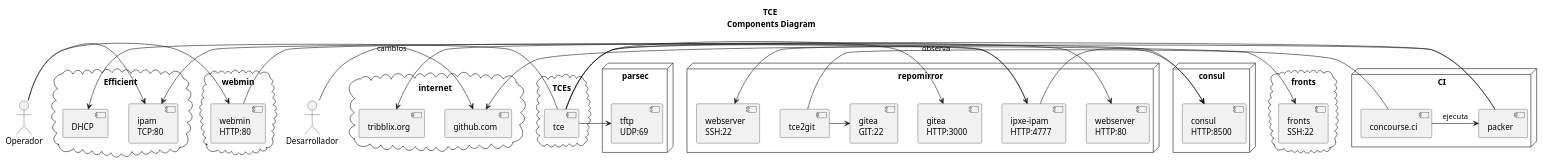
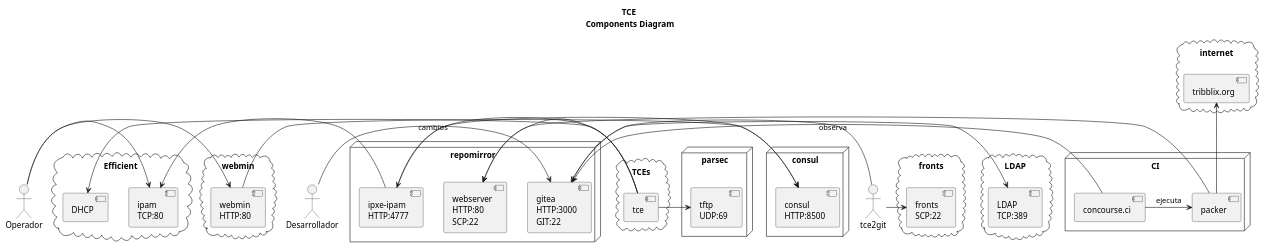
The diagram in tce-estacion/doc/comp.puml (juaningan/metro-parsec), drawn with PlantUML before and after one commit.

Commit message:
Update components diagram

```diff
--- a/tce-estacion/doc/comp.puml
+++ b/tce-estacion/doc/comp.puml
@@ -1,69 +1,70 @@
 @startuml
 title TCE\n Components Diagram
 skinparam componentStyle uml2
 
 actor Operador
 actor Desarrollador
+actor tce2git
 
 cloud "Efficient" {
   [DHCP]
   [ipam\nTCP:80] as IPAM80
 }
 
 node "repomirror" {
-  [tce2git]
-  [webserver\nHTTP:80] as WEB80
-  [webserver\nSSH:22] as WEB22
-  [gitea\nHTTP:3000] as GITEA3000
-  [gitea\nGIT:22] as GITEA22
+  [webserver\nHTTP:80\nSCP:22] as WEB80
+  [gitea\nHTTP:3000\nGIT:22] as GITEA
   [ipxe-ipam\nHTTP:4777] as IPXE4777
 }
 
 node "consul" {
   [consul\nHTTP:8500] as CONSUL8500
 }
 
 cloud "fronts" {
-  [fronts\nSSH:22] as FRONTS22
+  [fronts\nSCP:22] as FRONTS22
 }
 
 cloud "TCEs" {
   [tce]
 }
 
 cloud "webmin" {
   [webmin\nHTTP:80] as WEBMIN80
 }
 
 node "parsec" {
   [tftp\nUDP:69] as TFTP69
 }
 
 cloud "internet" {
-  [github.com]
   [tribblix.org]
+}
+
+cloud "LDAP" {
+  [LDAP\nTCP:389] as LDAP389
 }
 
 node "CI" {
   [concourse.ci]
   [packer]
 }
 
 Operador -> IPAM80
 Operador -> WEBMIN80
-Desarrollador -> github.com : cambios
+Desarrollador -> GITEA : cambios
 [tce] -> DHCP
 [tce] -> TFTP69
 [tce] -> WEB80
 [tce] -> IPXE4777
-[tce] -> GITEA3000
 IPXE4777 -> IPAM80
 IPXE4777 -> CONSUL8500
 WEBMIN80 -> CONSUL8500
-[tce2git] -> FRONTS22
-[tce2git] -> GITEA22
-[packer] -> WEB22
-[concourse.ci] -> [github.com] : observa
+tce2git -> FRONTS22
+tce2git -> GITEA
+GITEA -> LDAP389
+[packer] -> WEB80
+[concourse.ci] -> GITEA : observa
 [concourse.ci] -> [packer] : ejecuta
-[packer] -> [tribblix.org]
+[packer] -u-> [tribblix.org]
 @enduml
```
